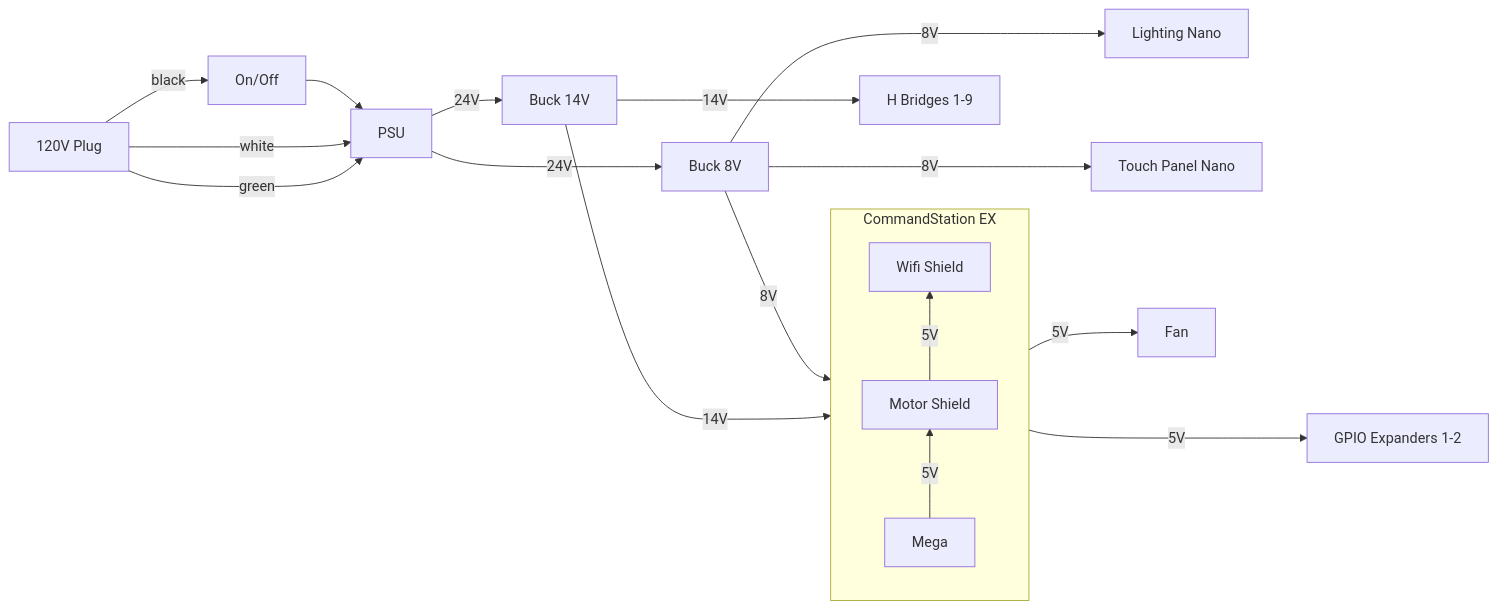
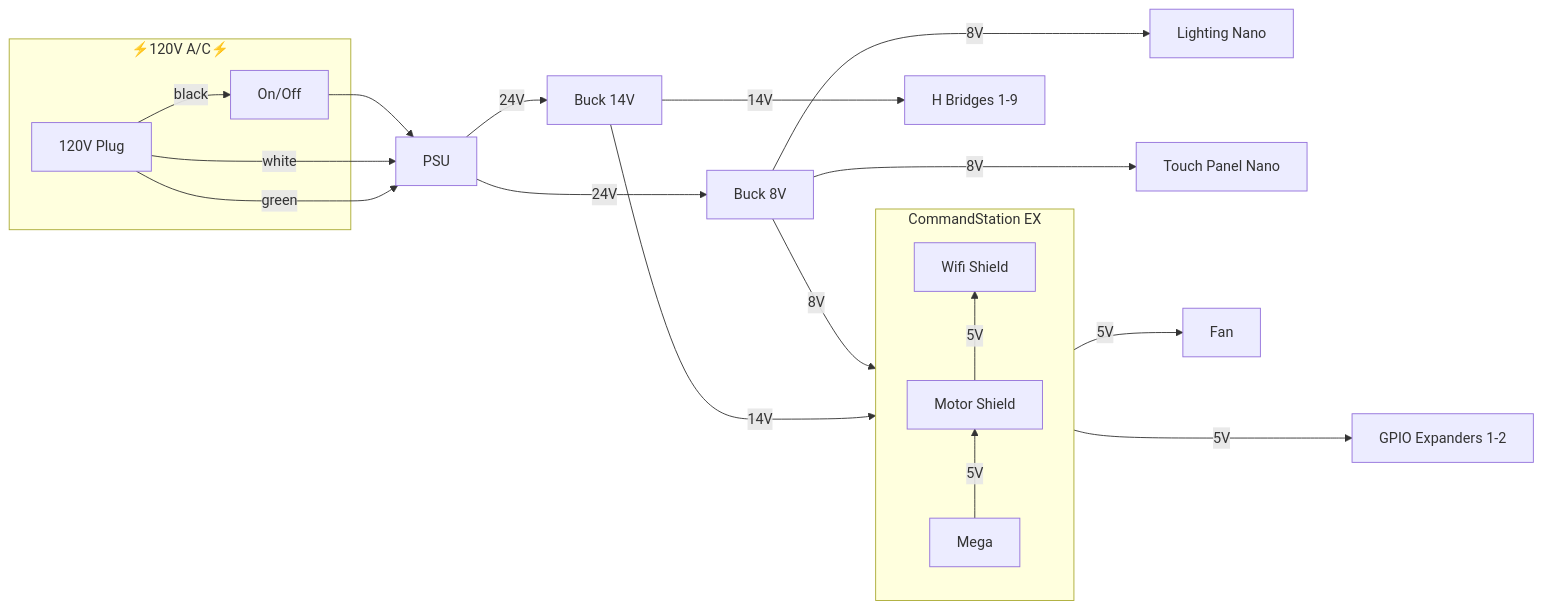
One commit to kmltechio/lumber_district changed the first of 3 diagrams in README.md. Above: the diagram before and after it, drawn with Mermaid. The commit also changed other lines of this file, not shown here.

````diff
--- a/README.md
+++ b/README.md
@@ -23,28 +23,30 @@
 ```mermaid
 flowchart LR
-  P120[120V Plug]
-  Pswitch[On/Off]
+  subgraph ac ["⚡️120V A/C⚡️"]
+    P120[120V Plug]
+    Pswitch[On/Off]
+    end
   PSU
   P120 -->|black| Pswitch --> PSU
   P120 -->|white| PSU
   P120 -->|green| PSU
   Buck14[Buck 14V]
   Buck8[Buck 8V]
   PSU -->|24V| Buck14 & Buck8
   subgraph CmdStn[CommandStation EX]
     direction BT
     Mega
     Motor[Motor Shield]
     WiFi[Wifi Shield]
     Mega -->|5V| Motor -->|5V| WiFi
     end
   Lights[Lighting Nano]
   Touch[Touch Panel Nano]
   Gpio["GPIO Expanders 1-2"]
   HBridge["H Bridges 1-9"]
   Buck8 -->|8V| Mega
   Buck8 --->|8V| Lights & Touch
   Buck14 --->|14V| HBridge & Motor
   Mega --->|5V| Gpio
   Mega -->|5V| Fan
 ```
````
